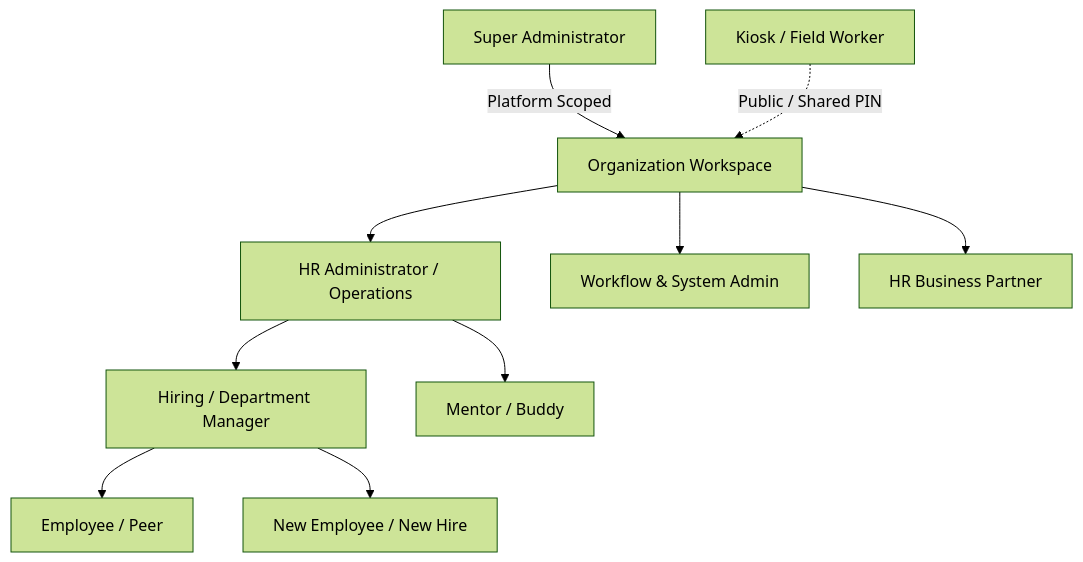
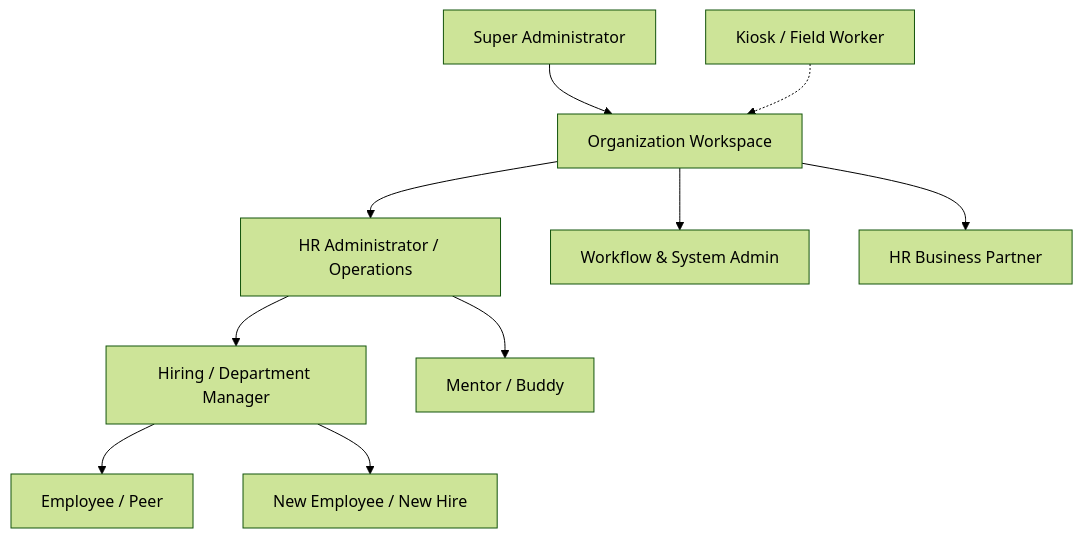
One commit to kavicastelo/talnova-onboarding changed the first of 6 diagrams in docs/version 2.0.0/user_journeys/TALNOVA_V2_USER_JOURNEY_SYSTEM_ARCHITECTURE.md. Above: the diagram before and after it, drawn with Mermaid (forest theme). The commit also changed other lines of this file and 1 other file, not shown here.

Commit message:
fix charts in user journeys doc

````diff
--- a/docs/version 2.0.0/user_journeys/TALNOVA_V2_USER_JOURNEY_SYSTEM_ARCHITECTURE.md
+++ b/docs/version 2.0.0/user_journeys/TALNOVA_V2_USER_JOURNEY_SYSTEM_ARCHITECTURE.md
@@ -55,15 +55,15 @@
 ```mermaid
 graph TD
-    SA[Super Administrator] -->|Platform Scoped| Org[Organization Workspace]
+    SA[Super Administrator] --> Org[Organization Workspace]
     Org --> HRAdmin[HR Administrator / Operations]
     Org --> SysAdmin[Workflow & System Admin]
     Org --> HRBP[HR Business Partner]
     
     HRAdmin --> Manager[Hiring / Department Manager]
     HRAdmin --> Mentor[Mentor / Buddy]
     
     Manager --> Employee[Employee / Peer]
     Manager --> NewHire[New Employee / New Hire]
     
-    Kiosk[Kiosk / Field Worker] -.->|Public / Shared PIN| Org
+    Kiosk[Kiosk / Field Worker] -.-> Org
 ```
````
